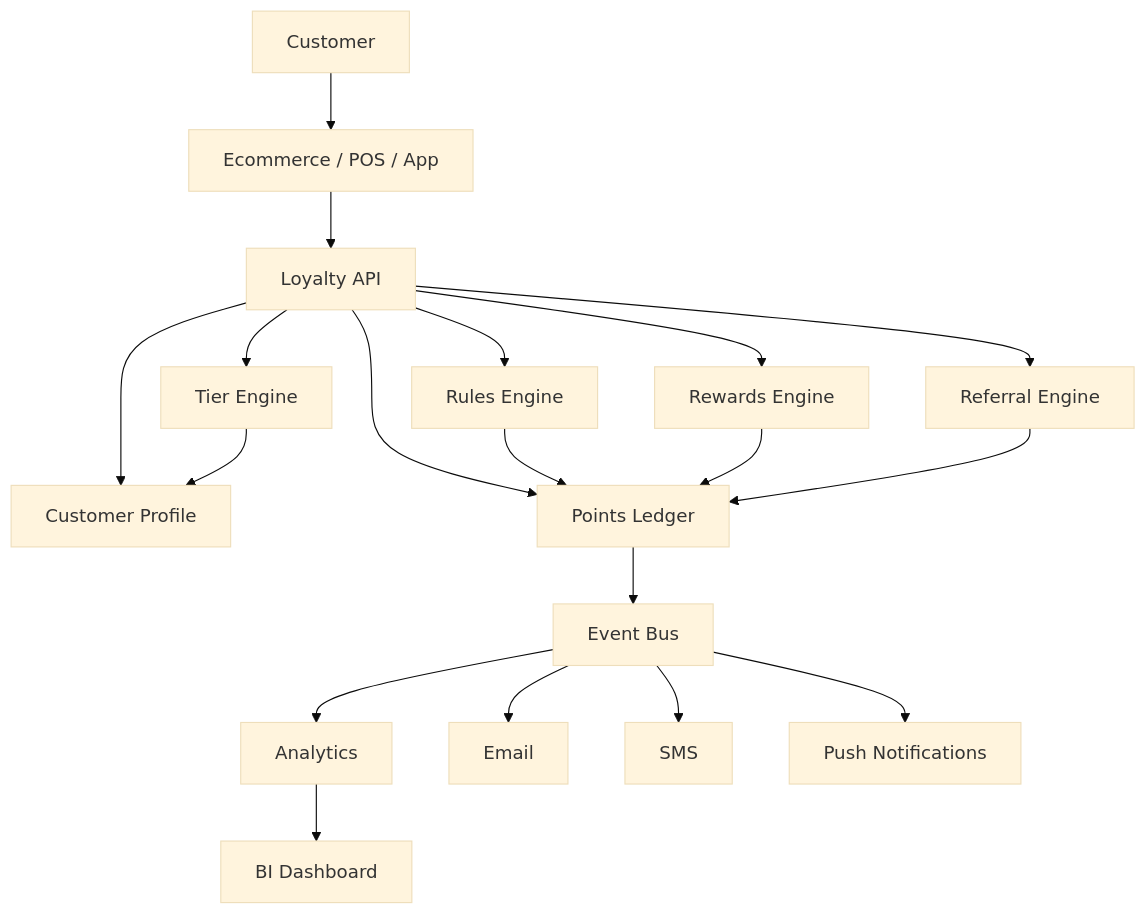
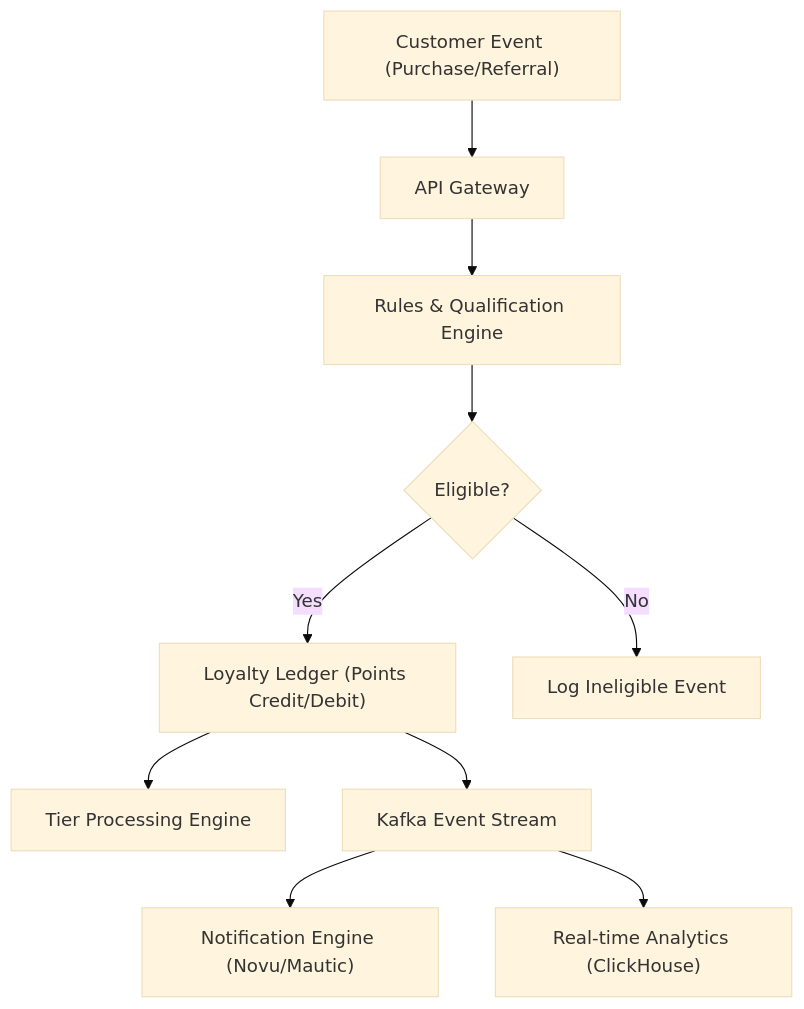
Before and after one commit to ishandutta2007/Awesome-Loyalty-Management-Platform: the diagram in README.md, drawn with Mermaid (base theme). The commit also changed other lines of this file, not shown here.

````diff
--- a/README.md
+++ b/README.md
@@ -479,28 +218,12 @@
 ```mermaid
 flowchart TD
-
-    A[Customer] --> B[Ecommerce / POS / App]
-
-    B --> C[Loyalty API]
-
-    C --> D[Customer Profile]
-    C --> E[Rules Engine]
-    C --> F[Points Ledger]
-    C --> G[Rewards Engine]
-    C --> H[Tier Engine]
-    C --> I[Referral Engine]
-
-    E --> F
-    G --> F
-    H --> D
-    I --> F
-
-    F --> J[Event Bus]
-
-    J --> K[Analytics]
-    J --> L[Email]
-    J --> M[SMS]
-    J --> N[Push Notifications]
-
-    K --> O[BI Dashboard]
+    A["Customer Event (Purchase/Referral)"] --> B["API Gateway"]
+    B --> C["Rules & Qualification Engine"]
+    C --> D{"Eligible?"}
+    D -- Yes --> E["Loyalty Ledger (Points Credit/Debit)"]
+    D -- No --> F["Log Ineligible Event"]
+    E --> G["Tier Processing Engine"]
+    E --> H["Kafka Event Stream"]
+    H --> I["Notification Engine (Novu/Mautic)"]
+    H --> J["Real-time Analytics (ClickHouse)"]
 ```
````
